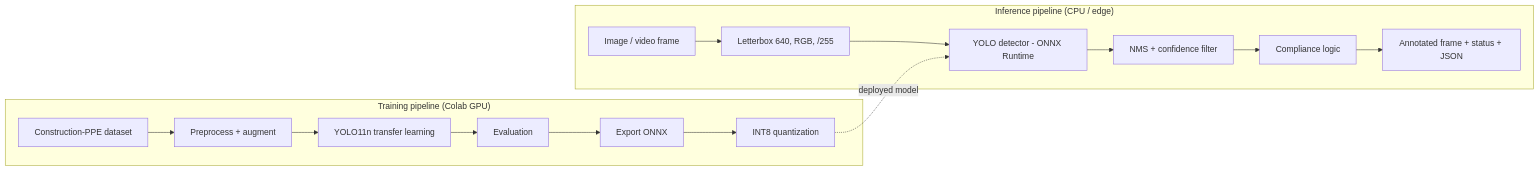
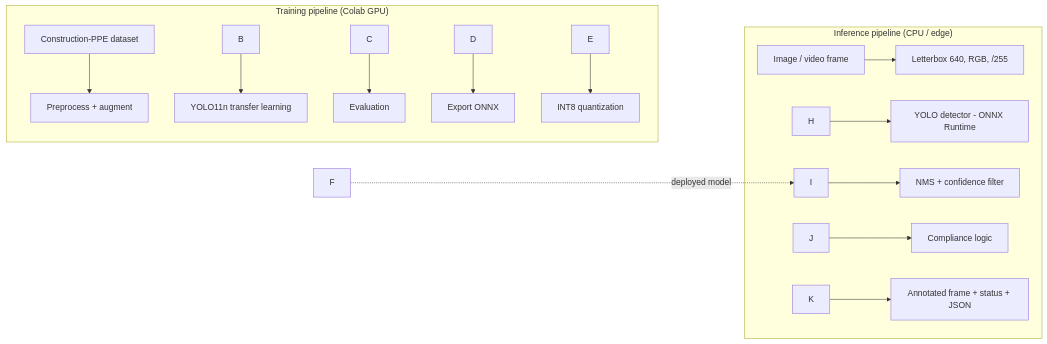
One commit to AbdullahMG/ppe-detection changed the diagram in README.md. Above: the diagram before and after it, drawn with Mermaid. The commit also changed other lines of this file, not shown here.

````diff
--- a/README.md
+++ b/README.md
@@ -53,18 +57,18 @@
 ```mermaid
 flowchart LR
-    subgraph TRAIN["Training pipeline (Colab GPU)"]
-        A[Construction-PPE dataset] --> B[Preprocess + augment]
-        B --> C[YOLO11n transfer learning]
-        C --> D[Evaluation]
-        D --> E[Export ONNX]
-        E --> F[INT8 quantization]
+    subgraph TRAIN\["Training pipeline (Colab GPU)"]
+        A\[Construction-PPE dataset] --> B\[Preprocess + augment]
+        B --> C\[YOLO11n transfer learning]
+        C --> D\[Evaluation]
+        D --> E\[Export ONNX]
+        E --> F\[INT8 quantization]
     end
-    subgraph INFER["Inference pipeline (CPU / edge)"]
-        G[Image / video frame] --> H[Letterbox 640, RGB, /255]
-        H --> I[YOLO detector - ONNX Runtime]
-        I --> J[NMS + confidence filter]
-        J --> K[Compliance logic]
-        K --> L[Annotated frame + status + JSON]
+    subgraph INFER\["Inference pipeline (CPU / edge)"]
+        G\[Image / video frame] --> H\[Letterbox 640, RGB, /255]
+        H --> I\[YOLO detector - ONNX Runtime]
+        I --> J\[NMS + confidence filter]
+        J --> K\[Compliance logic]
+        K --> L\[Annotated frame + status + JSON]
     end
     F -. deployed model .-> I
 ```
````
